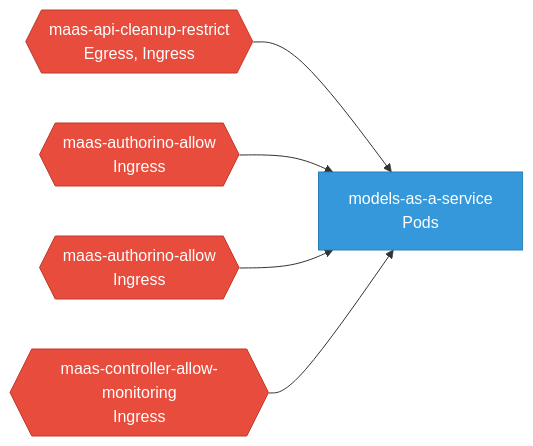
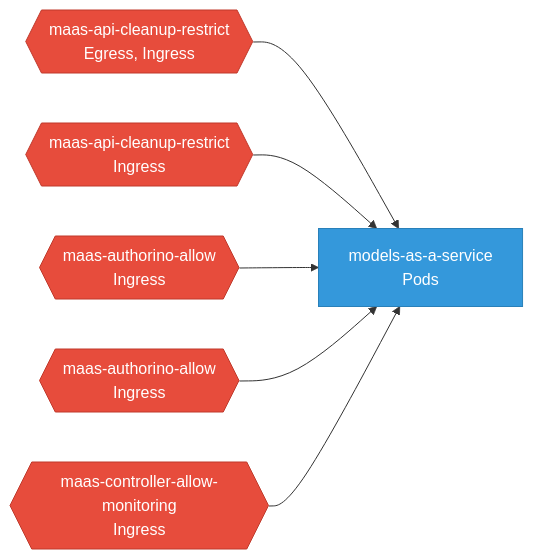
The second of 2 diagrams in site/docs/odh-platform/components/models_as_a_service/network.md (ugiordan/rhoai-architecture-analyzer), drawn with Mermaid before and after one commit. The commit also changed other lines of this file and 228 other files, not shown here.

````diff
--- a/site/docs/odh-platform/components/models_as_a_service/network.md
+++ b/site/docs/odh-platform/components/models_as_a_service/network.md
@@ -46,16 +47,18 @@
 ```mermaid
 graph LR
     classDef policy fill:#e74c3c,stroke:#c0392b,color:#fff
     classDef pod fill:#3498db,stroke:#2980b9,color:#fff
     classDef external fill:#95a5a6,stroke:#7f8c8d,color:#fff
 
     models_as_a_service["models-as-a-service\nPods"]:::pod
     np_0_maas_api_cleanup_restrict{{"maas-api-cleanup-restrict\nEgress, Ingress"}}:::policy
     np_0_maas_api_cleanup_restrict --> models_as_a_service
-    np_1_maas_authorino_allow{{"maas-authorino-allow\nIngress"}}:::policy
-    np_1_maas_authorino_allow --> models_as_a_service
+    np_1_maas_api_cleanup_restrict{{"maas-api-cleanup-restrict\nIngress"}}:::policy
+    np_1_maas_api_cleanup_restrict --> models_as_a_service
     np_2_maas_authorino_allow{{"maas-authorino-allow\nIngress"}}:::policy
     np_2_maas_authorino_allow --> models_as_a_service
-    np_3_maas_controller_allow_monitoring{{"maas-controller-allow-monitoring\nIngress"}}:::policy
-    np_3_maas_controller_allow_monitoring --> models_as_a_service
+    np_3_maas_authorino_allow{{"maas-authorino-allow\nIngress"}}:::policy
+    np_3_maas_authorino_allow --> models_as_a_service
+    np_4_maas_controller_allow_monitoring{{"maas-controller-allow-monitoring\nIngress"}}:::policy
+    np_4_maas_controller_allow_monitoring --> models_as_a_service
 ```
````
